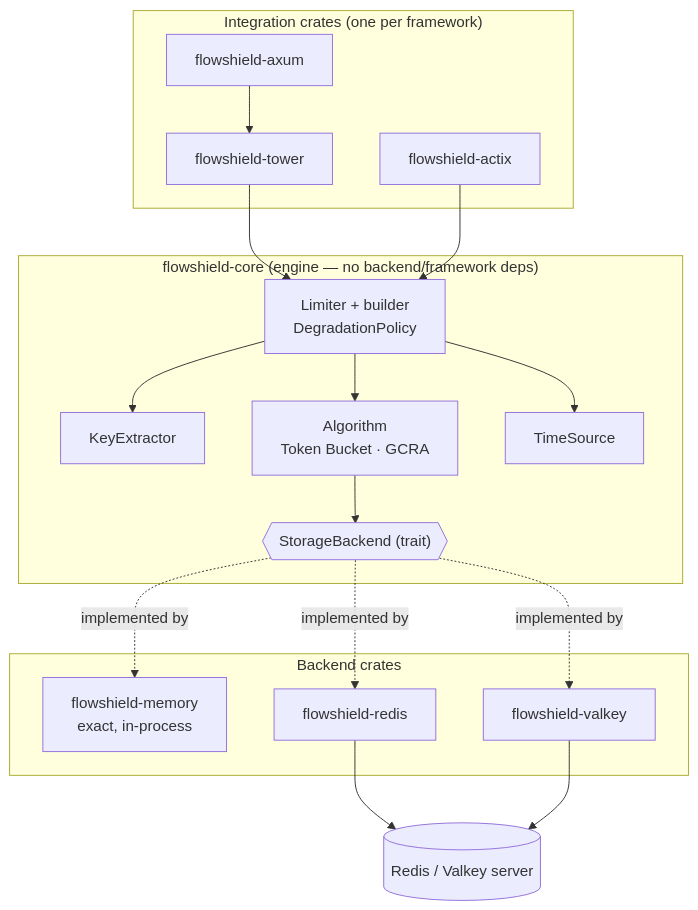
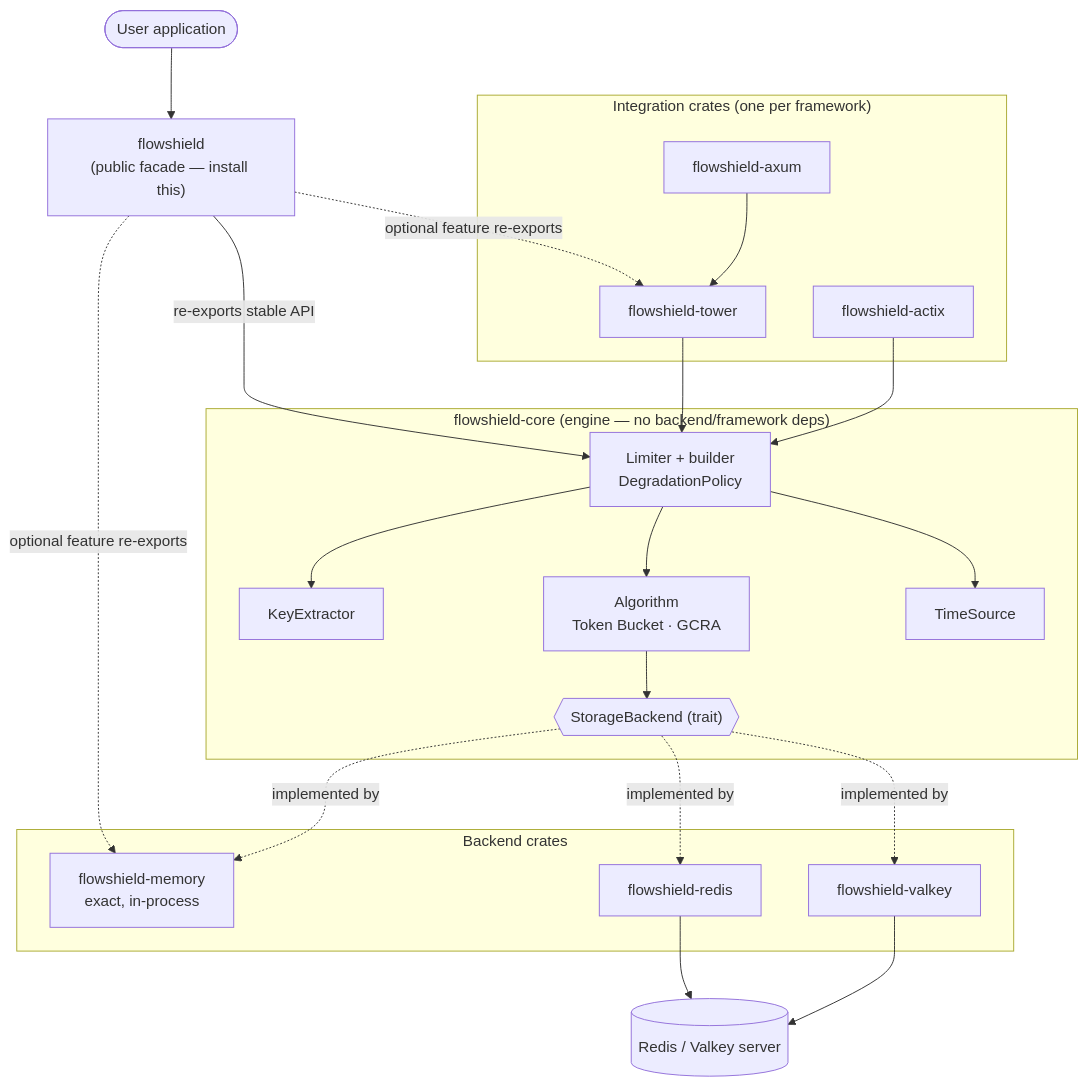
The second of 3 diagrams in docs/architecture/overview.md (devcalm/flowshield), drawn with Mermaid before and after one commit. The commit also changed other lines of this file and 17 other files, not shown here.

Commit message:
chore: add `flowshield` facade crate and ADR-018 to define facade/core split

````diff
--- a/docs/architecture/overview.md
+++ b/docs/architecture/overview.md
@@ -38,34 +38,40 @@
 ```mermaid
 flowchart TD
+    app(["User application"])
+    facade["flowshield<br/>(public facade — install this)"]
     subgraph integ["Integration crates (one per framework)"]
         tower["flowshield-tower"]
         axum["flowshield-axum"]
         actix["flowshield-actix"]
     end
     subgraph core["flowshield-core (engine — no backend/framework deps)"]
         lim["Limiter + builder<br/>DegradationPolicy"]
         ke["KeyExtractor"]
         alg["Algorithm<br/>Token Bucket · GCRA"]
         ts["TimeSource"]
         sb{{"StorageBackend (trait)"}}
     end
     subgraph backends["Backend crates"]
         mem["flowshield-memory<br/>exact, in-process"]
         redis["flowshield-redis"]
         valkey["flowshield-valkey"]
     end
     server[("Redis / Valkey server")]
 
+    app --> facade
+    facade -->|"re-exports stable API"| lim
+    facade -.->|"optional feature re-exports"| tower
+    facade -.->|"optional feature re-exports"| mem
     tower --> lim
     axum --> tower
     actix --> lim
     lim --> ke
     lim --> alg
     lim --> ts
     alg --> sb
     sb -.->|"implemented by"| mem
     sb -.->|"implemented by"| redis
     sb -.->|"implemented by"| valkey
     redis --> server
     valkey --> server
 ```
````
